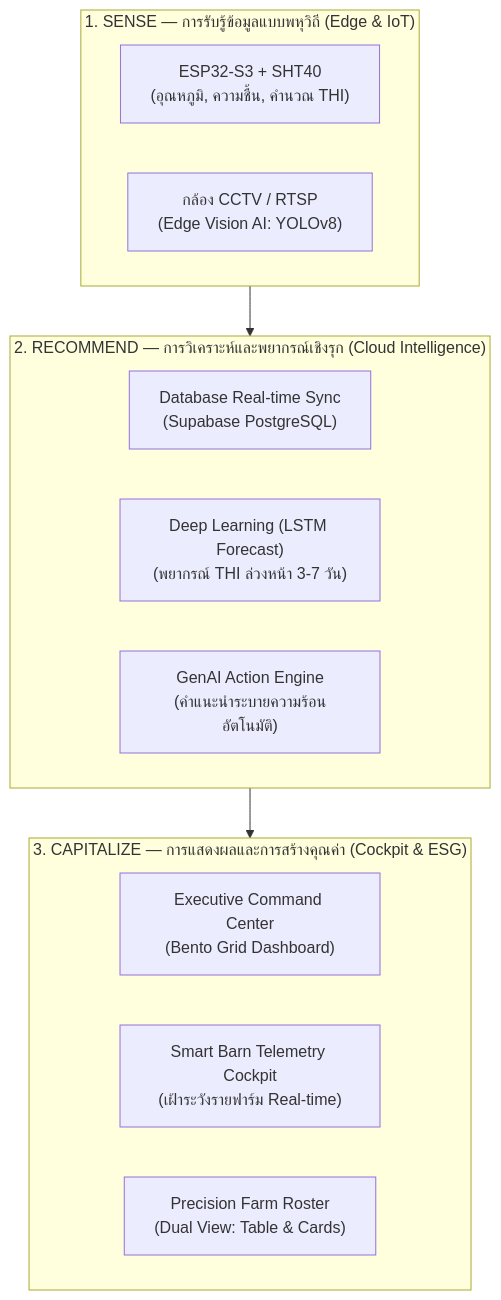
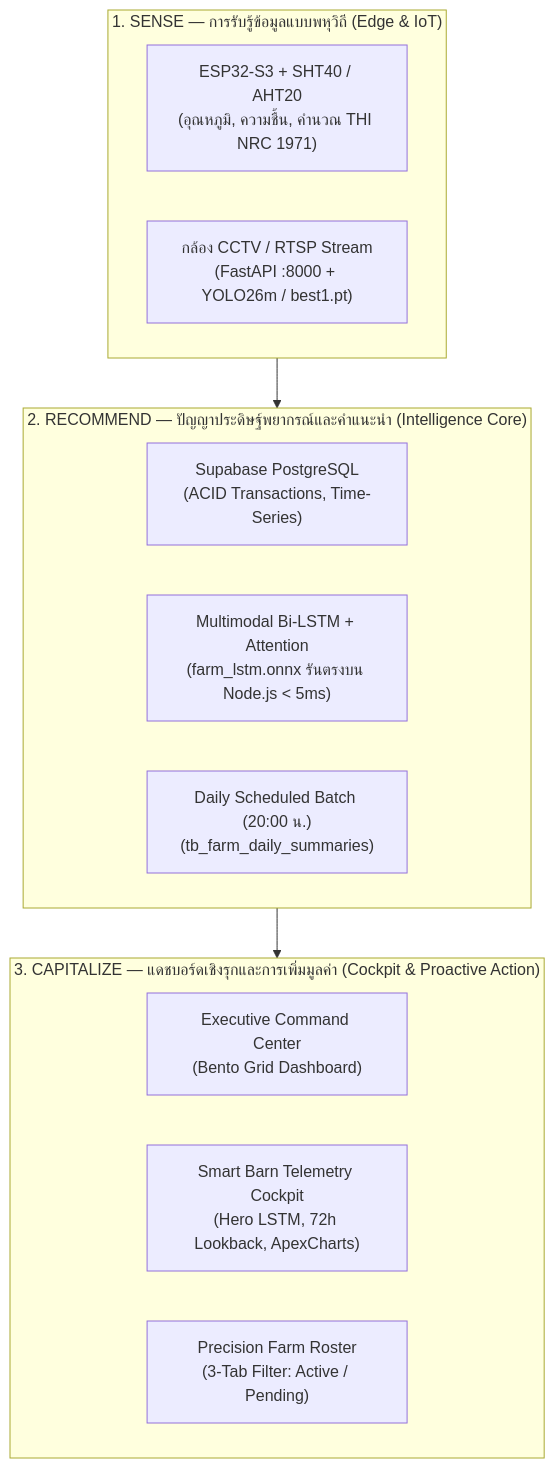
One commit to peetph22-ship-it/Cow_detect changed the first of 2 diagrams in README.md. Above: the diagram before and after it, drawn with Mermaid. The commit also changed other lines of this file and 19 other files, not shown here.

````diff
--- a/README.md
+++ b/README.md
@@ -46,25 +50,25 @@
 ```mermaid
 flowchart TD
     subgraph Layer1["1. SENSE — การรับรู้ข้อมูลแบบพหุวิถี (Edge & IoT)"]
         direction LR
-        S1["ESP32-S3 + SHT40<br/>(อุณหภูมิ, ความชื้น, คำนวณ THI)"]
-        S2["กล้อง CCTV / RTSP<br/>(Edge Vision AI: YOLOv8)"]
+        S1["ESP32-S3 + SHT40 / AHT20<br/>(อุณหภูมิ, ความชื้น, คำนวณ THI NRC 1971)"]
+        S2["กล้อง CCTV / RTSP Stream<br/>(FastAPI :8000 + YOLO26m / best1.pt)"]
     end
 
-    subgraph Layer2["2. RECOMMEND — การวิเคราะห์และพยากรณ์เชิงรุก (Cloud Intelligence)"]
+    subgraph Layer2["2. RECOMMEND — ปัญญาประดิษฐ์พยากรณ์และคำแนะนำ (Intelligence Core)"]
         direction LR
-        A1["Database Real-time Sync<br/>(Supabase PostgreSQL)"]
-        A2["Deep Learning (LSTM Forecast)<br/>(พยากรณ์ THI ล่วงหน้า 3-7 วัน)"]
-        A3["GenAI Action Engine<br/>(คำแนะนำระบายความร้อนอัตโนมัติ)"]
+        A1["Supabase PostgreSQL<br/>(ACID Transactions, Time-Series)"]
+        A2["Multimodal Bi-LSTM + Attention<br/>(farm_lstm.onnx รันตรงบน Node.js < 5ms)"]
+        A3["Daily Scheduled Batch (20:00 น.)<br/>(tb_farm_daily_summaries)"]
     end
 
-    subgraph Layer3["3. CAPITALIZE — การแสดงผลและการสร้างคุณค่า (Cockpit & ESG)"]
+    subgraph Layer3["3. CAPITALIZE — แดชบอร์ดเชิงรุกและการเพิ่มมูลค่า (Cockpit & Proactive Action)"]
         direction LR
         D1["Executive Command Center<br/>(Bento Grid Dashboard)"]
-        D2["Smart Barn Telemetry Cockpit<br/>(เฝ้าระวังรายฟาร์ม Real-time)"]
-        D3["Precision Farm Roster<br/>(Dual View: Table & Cards)"]
+        D2["Smart Barn Telemetry Cockpit<br/>(Hero LSTM, 72h Lookback, ApexCharts)"]
+        D3["Precision Farm Roster<br/>(3-Tab Filter: Active / Pending)"]
     end
 
     Layer1 --> Layer2
     Layer2 --> Layer3
 ```
````
